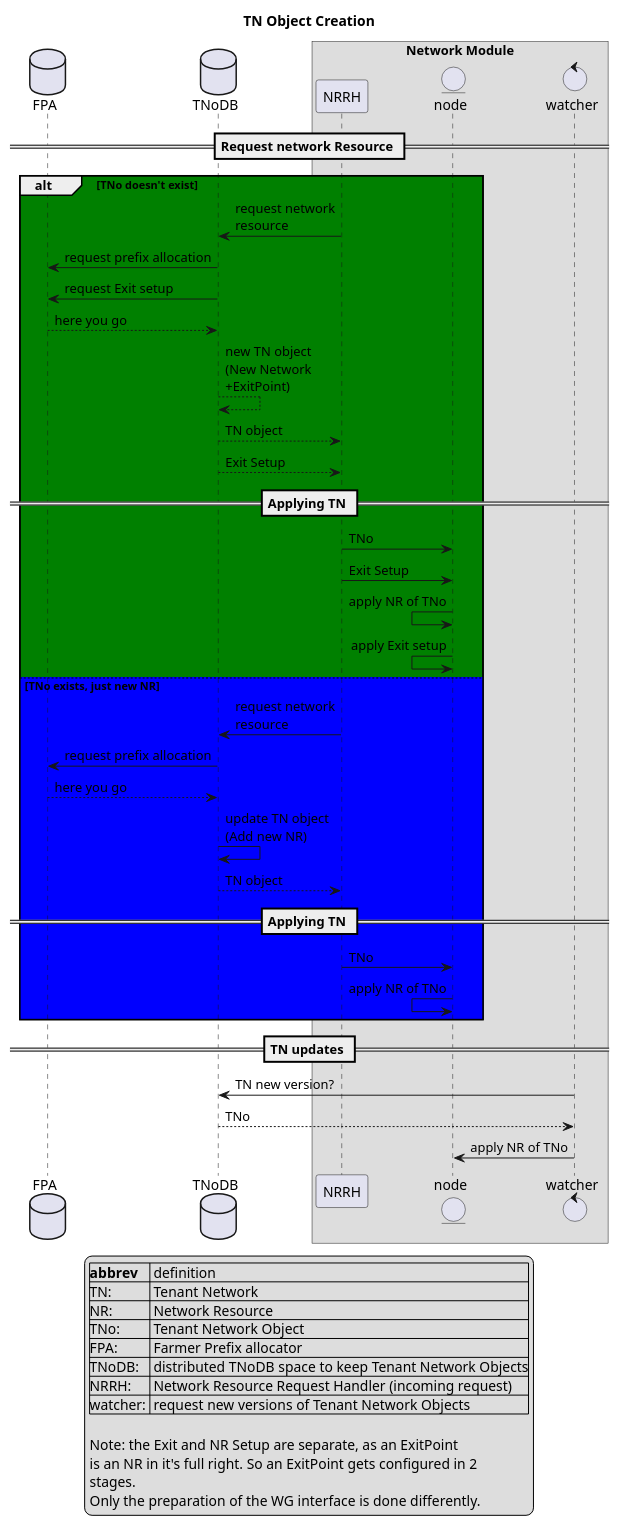
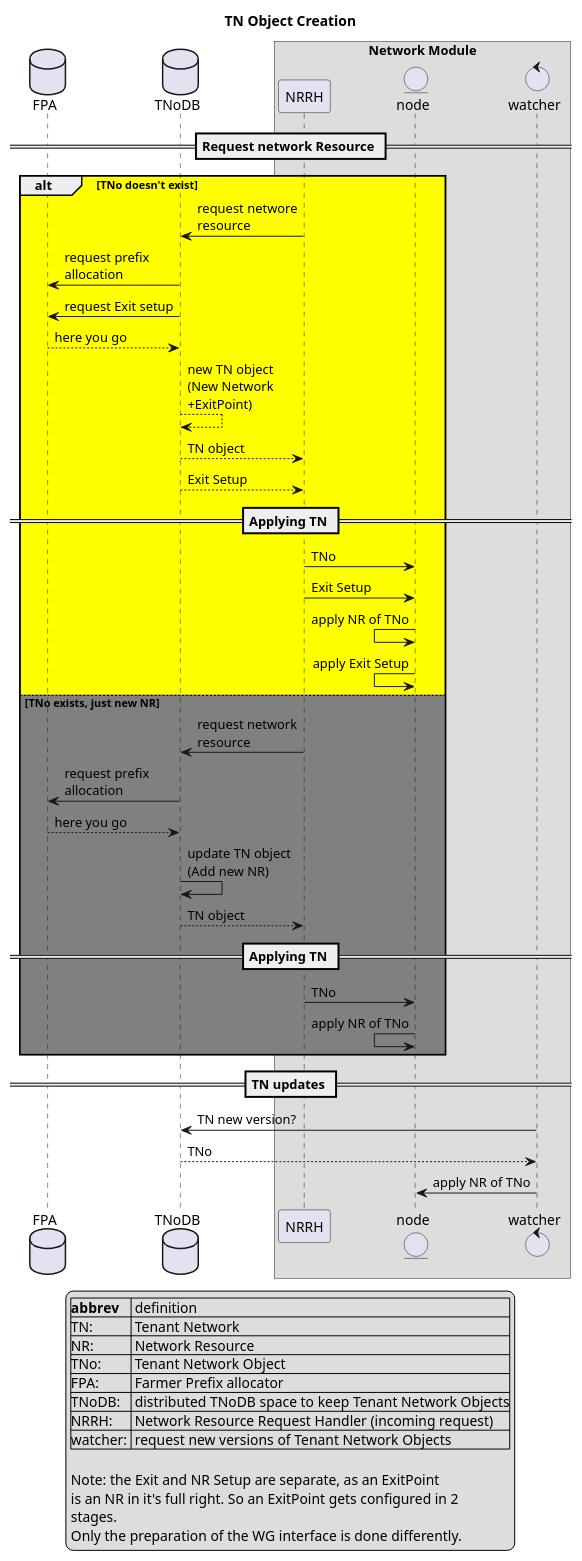
One commit to threefoldtech/zos changed the diagram in specs/network/TN_Obj_creation_update.wsd. Above: the diagram before and after it, drawn with PlantUML. The commit also changed 1 other file, not shown here.

Commit message:
update uml for TNo Creation

```diff
--- a/specs/network/TN_Obj_creation_update.wsd
+++ b/specs/network/TN_Obj_creation_update.wsd
@@ -1,62 +1,62 @@
 @startuml
 title TN Object Creation
 ' FPA : Farmer Prefix Allocator
 database FPA
 ' TNoDB: TN Object TNoDB
 database TNoDB
 ' NRRH : Network Resource Request
 box Network Module
 participant NRRH
 ' node : 0-OS
 entity node
 ' jlkj
 control watcher
 endbox
 
 == Request network Resource ==
-alt #green TNo doesn't exist
-NRRH -> TNoDB : request network\nresource
-TNoDB -> FPA : request prefix allocation
+alt #yellow TNo doesn't exist
+NRRH -> TNoDB : request networe\nresource
+TNoDB -> FPA : request prefix\nallocation
 TNoDB -> FPA : request Exit setup
 FPA --> TNoDB : here you go
 TNoDB -->TNoDB :new TN object\n(New Network\n+ExitPoint)
 TNoDB --> NRRH : TN object
 TNoDB --> NRRH : Exit Setup
 == Applying TN == 
 NRRH -> node : TNo
 NRRH -> node : Exit Setup
 node <- node : apply NR of TNo
-node <- node : apply Exit setup
-else #blue TNo exists, just new NR
+node <- node : apply Exit Setup 
+else #gray TNo exists, just new NR
 NRRH -> TNoDB : request network\nresource
-TNoDB -> FPA : request prefix allocation
+TNoDB -> FPA : request prefix\nallocation
 FPA --> TNoDB : here you go
 TNoDB->TNoDB :update TN object\n(Add new NR)
 TNoDB --> NRRH : TN object
 == Applying TN == 
 NRRH -> node : TNo
 node <- node : apply NR of TNo
 
 end
 == TN updates ==
 watcher -> TNoDB : TN new version?
 watcher <-- TNoDB : TNo
 watcher -> node : apply NR of TNo
 
 
 legend
 |=abbrev  | definition   |
 |TN:      | Tenant Network|
 |NR:       | Network Resource |
 |TNo:     | Tenant Network Object |
 |FPA:     | Farmer Prefix allocator|
 |TNoDB:   | distributed TNoDB space to keep Tenant Network Objects|
 |NRRH:     | Network Resource Request Handler (incoming request)|
 |watcher: | request new versions of Tenant Network Objects|
 
 Note: the Exit and NR Setup are separate, as an ExitPoint 
 is an NR in it's full right. So an ExitPoint gets configured in 2 
 stages.
 Only the preparation of the WG interface is done differently.
 endlegend
 @enduml
```
